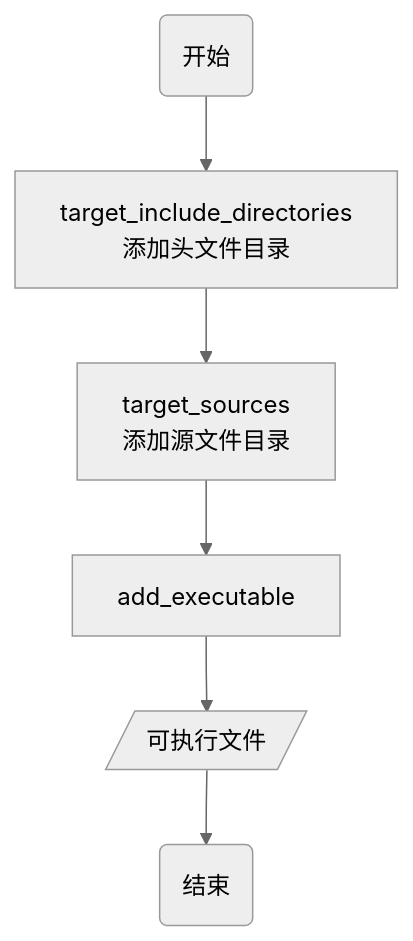
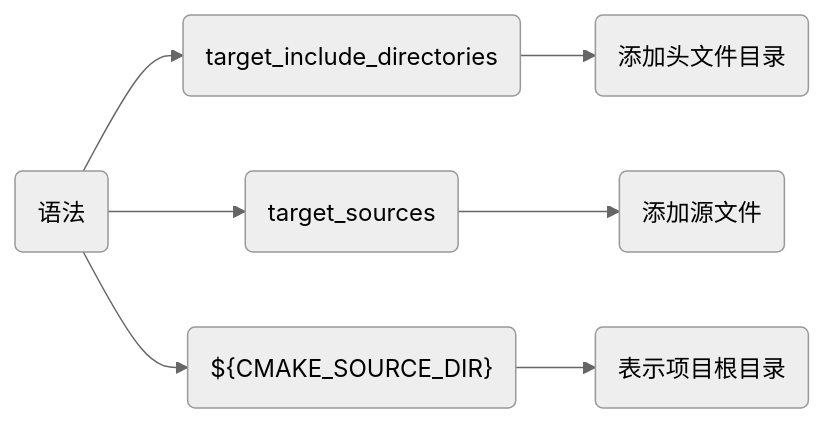
The sixth of 9 diagrams in _posts/software/build_tool/cmake/2024-10-22-使用.md (dmjcb/dmjcb.github.io), drawn with Mermaid (neutral theme) before and after one commit. The commit also changed other lines of this file and 24 other files, not shown here.

````diff
--- a/_posts/software/build_tool/cmake/2024-10-22-使用.md
+++ b/_posts/software/build_tool/cmake/2024-10-22-使用.md
@@ -214,10 +208,7 @@
 ```mermaid
-graph TB
-    X(开始)
-    A[target_include_directories<br>添加头文件目录]
-    B[target_sources<br>添加源文件目录]
-    C[add_executable]
-    D[/可执行文件/]
-    Z(结束)
-    X-->A-->B-->C-->D-->Z
+graph LR
+    X(语法)
+    X-->A(target_include_directories)-->A1(添加头文件目录)
+    X-->B(target_sources)-->B1(添加源文件)
+    X-->C("${CMAKE_SOURCE_DIR}")-->C1(表示项目根目录)
 ```
````
